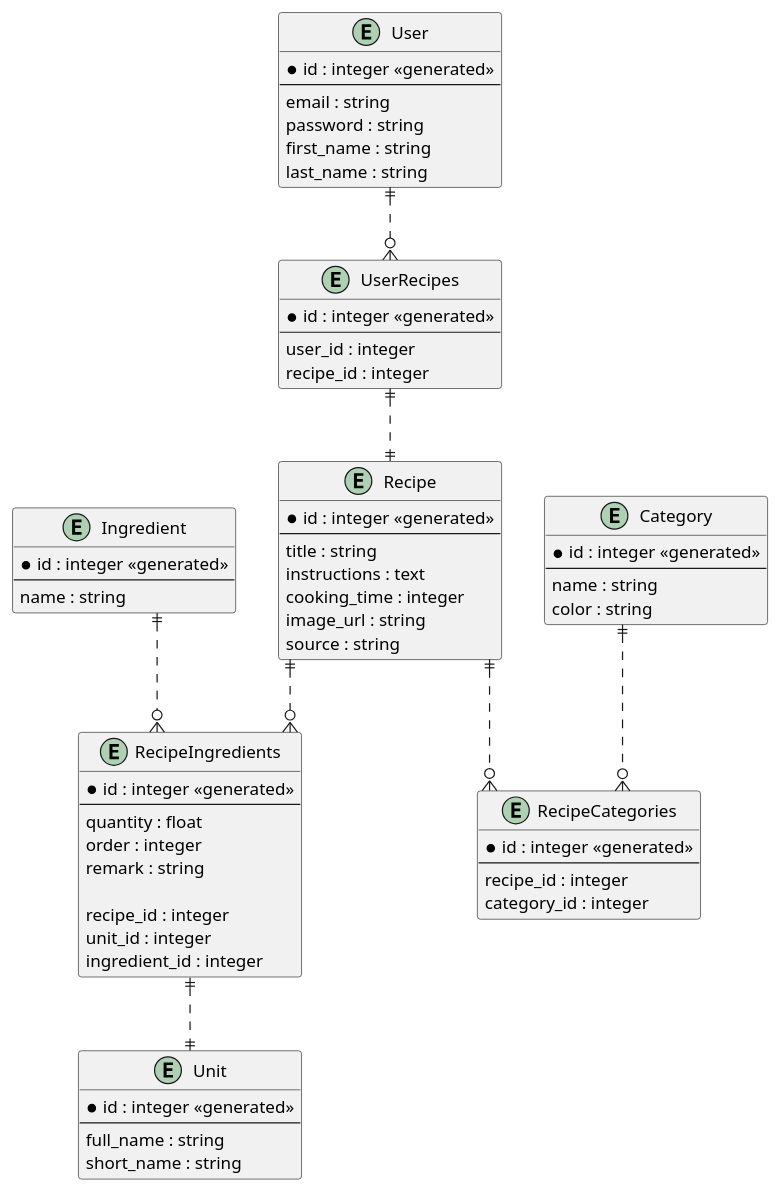
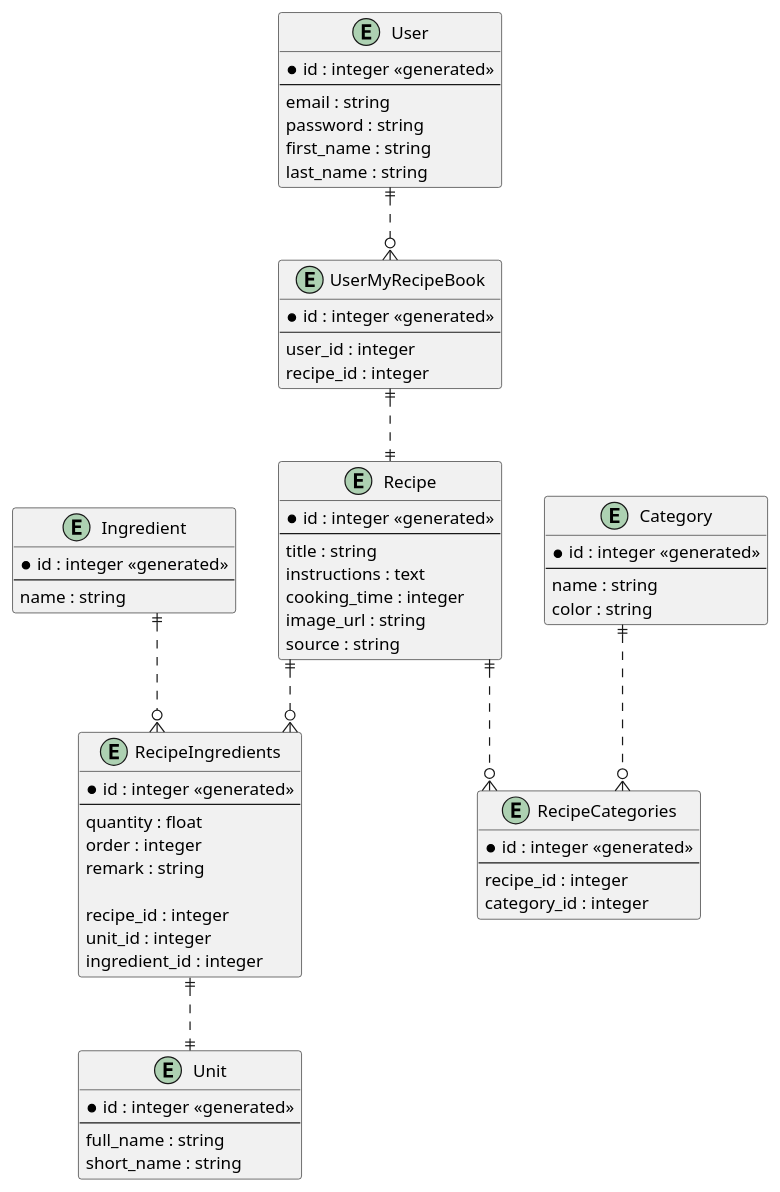
The diagram in erd.wsd (michielfbr/recipes), drawn with PlantUML before and after one commit. The commit also changed 92 other files, not shown here.

Commit message:
Rename application: recipes -> my_recipe_book

```diff
--- a/erd.wsd
+++ b/erd.wsd
@@ -2,83 +2,83 @@
-@startuml Recipes
+@startuml MyRecipeBook
 ' To preview this file in VSCode: install an extension like [PlantUML](https://marketplace.visualstudio.com/items?itemName=jebbs.plantuml).
 ' Then hit ⌥D from the file.
 
 ' hide the spot
 ' hide circle
 
 ' avoid problems with angled crows feet
 skinparam linetype ortho
 
 entity "User" as user {
   *id : integer <<generated>>
   --
   email : string
   password : string
   first_name : string
   last_name : string
 }
 
-entity "UserRecipes" as user_recipes {
+entity "UserMyRecipeBook" as user_my_recipe_book {
   *id : integer <<generated>>
   --
   user_id : integer
   recipe_id : integer
 }
 
 entity "Recipe" as recipe {
   *id : integer <<generated>>
   --
   title : string
   instructions : text
   cooking_time : integer
   image_url : string
   source : string
 }
 
 entity "RecipeIngredients" as recipe_ingredients {
   *id : integer <<generated>>
   --
   quantity : float
   order : integer
   remark : string
   
   recipe_id : integer
   unit_id : integer
   ingredient_id : integer
 }
 
 entity "Ingredient" as ingredient {
   *id : integer <<generated>>
   --
   name : string
 }
 
 entity "Unit" as unit {
   *id : integer <<generated>>
   --
   full_name : string
   short_name : string
 }
 entity "RecipeCategories" as recipe_categories {
   *id : integer <<generated>>
   --
   recipe_id : integer
   category_id : integer
 }
 
 entity "Category" as category {
   *id : integer <<generated>>
   --
   name : string
   color : string
 }
 
-user ||..o{ user_recipes
-user_recipes ||..|| recipe
+user ||..o{ user_my_recipe_book
+user_my_recipe_book ||..|| recipe
 recipe ||..o{ recipe_ingredients
 recipe ||..o{ recipe_categories
 recipe_ingredients ||..|| unit
 ingredient ||..o{ recipe_ingredients
 category ||..o{ recipe_categories
 
 @enduml
```
